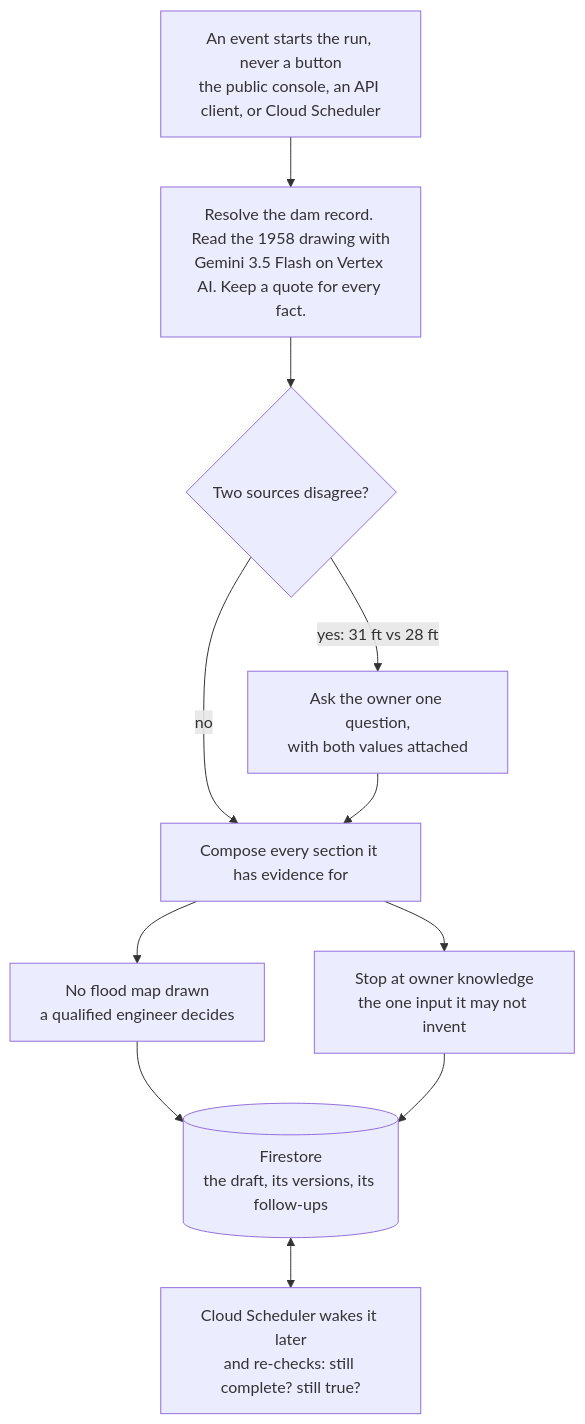
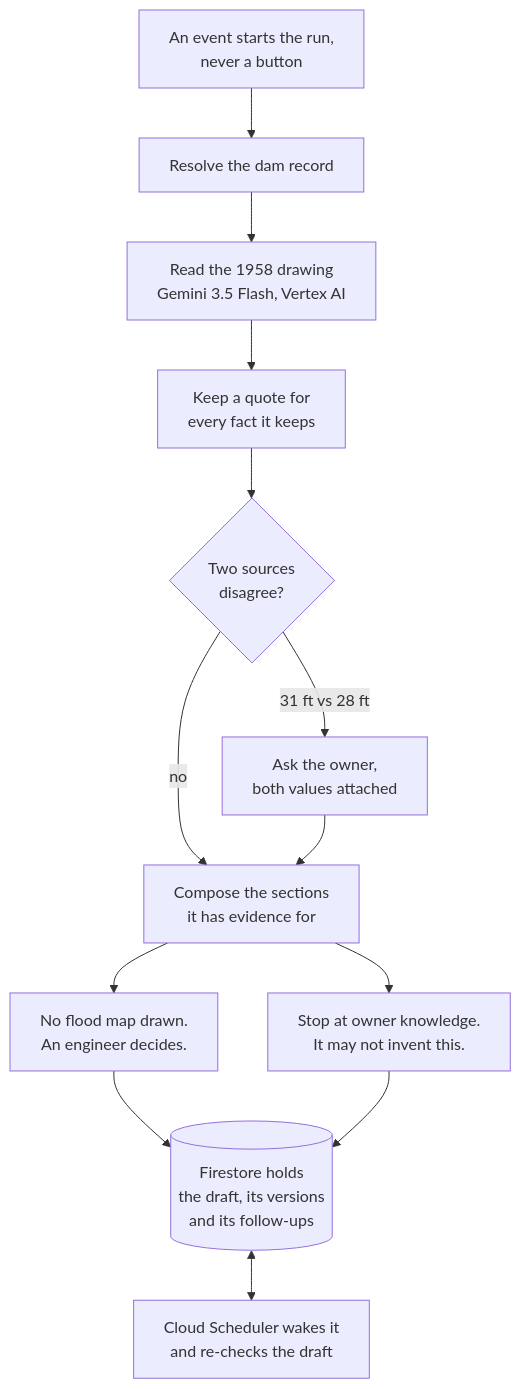
The diagram in README.md (usv240/downstream), drawn with Mermaid before and after one commit.

Commit message:
Keep the README diagram's lines short enough for GitHub to render
GitHub clipped the node text mid-word. Its mermaid sizes a node narrower than
the label it contains, and neither a local render with htmlLabels on nor one
with it off reproduced that, so the fix cannot rely on measuring text
correctly: every line in the diagram is now 27 characters or fewer, short
enough that any plausible box width fits it.

The long sentences became separate steps, which reads better anyway.

````diff
--- a/README.md
+++ b/README.md
@@ -33,14 +33,16 @@
 ```mermaid
 flowchart TD
-    T["An event starts the run, never a button<br>the public console, an API client, or Cloud Scheduler"]
-    T --> A["Resolve the dam record. Read the 1958 drawing with<br>Gemini 3.5 Flash on Vertex AI. Keep a quote for every fact."]
-    A --> B{"Two sources disagree?"}
-    B -->|"yes: 31 ft vs 28 ft"| C["Ask the owner one question,<br>with both values attached"]
-    B -->|no| D
-    C --> D["Compose every section it has evidence for"]
-    D --> E["No flood map drawn<br>a qualified engineer decides"]
-    D --> F["Stop at owner knowledge<br>the one input it may not invent"]
-    E --> G[("Firestore<br>the draft, its versions, its follow-ups")]
-    F --> G
-    G <--> H["Cloud Scheduler wakes it later<br>and re-checks: still complete? still true?"]
+    T["An event starts the run,<br>never a button"]
+    T --> A["Resolve the dam record"]
+    A --> B["Read the 1958 drawing<br>Gemini 3.5 Flash, Vertex AI"]
+    B --> C["Keep a quote for<br>every fact it keeps"]
+    C --> D{"Two sources<br>disagree?"}
+    D -->|"31 ft vs 28 ft"| E["Ask the owner,<br>both values attached"]
+    D -->|no| F
+    E --> F["Compose the sections<br>it has evidence for"]
+    F --> G["No flood map drawn.<br>An engineer decides."]
+    F --> H["Stop at owner knowledge.<br>It may not invent this."]
+    G --> I[("Firestore holds<br>the draft, its versions<br>and its follow-ups")]
+    H --> I
+    I <--> J["Cloud Scheduler wakes it<br>and re-checks the draft"]
 ```
````
